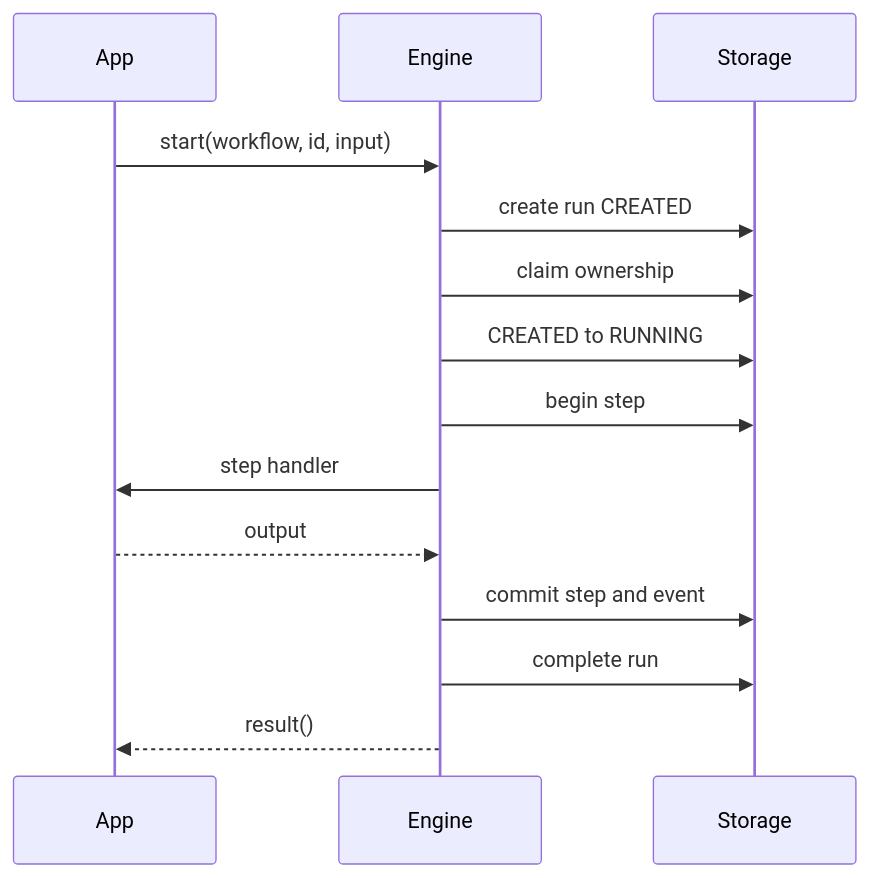
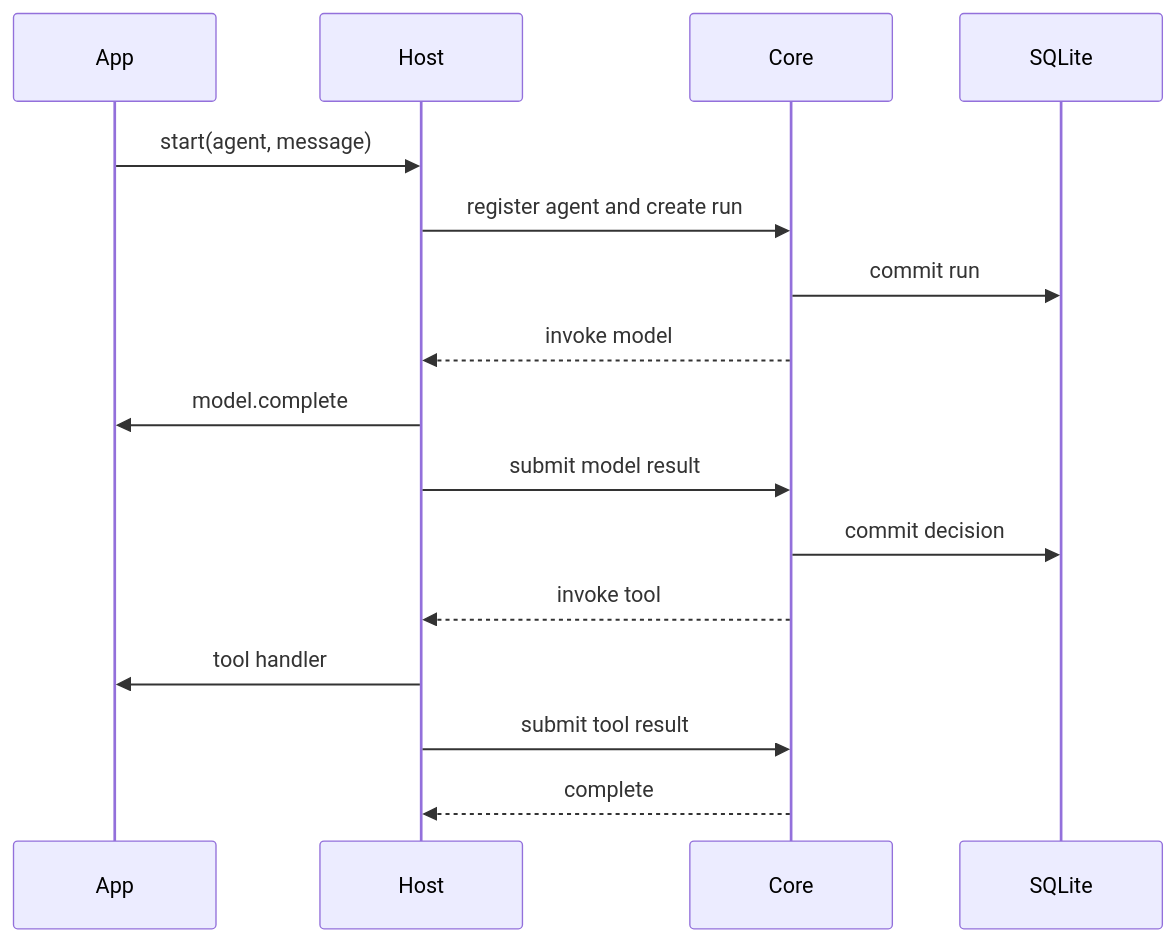
The diagram in docs/architecture/execution-model.md (larkxai/larkx), drawn with Mermaid before and after one commit. The commit also changed other lines of this file and 212 other files, not shown here.

````diff
--- a/docs/architecture/execution-model.md
+++ b/docs/architecture/execution-model.md
@@ -5,16 +5,18 @@
 ```mermaid
 sequenceDiagram
   participant App
-  participant Engine
-  participant Storage
-  App->>Engine: start(workflow, id, input)
-  Engine->>Storage: create run CREATED
-  Engine->>Storage: claim ownership
-  Engine->>Storage: CREATED to RUNNING
-  Engine->>Storage: begin step
-  Engine->>App: step handler
-  App-->>Engine: output
-  Engine->>Storage: commit step and event
-  Engine->>Storage: complete run
-  Engine-->>App: result()
+  participant Host
+  participant Core
+  participant SQLite
+  App->>Host: start(agent, message)
+  Host->>Core: register agent and create run
+  Core->>SQLite: commit run
+  Core-->>Host: invoke model
+  Host->>App: model.complete
+  Host->>Core: submit model result
+  Core->>SQLite: commit decision
+  Core-->>Host: invoke tool
+  Host->>App: tool handler
+  Host->>Core: submit tool result
+  Core-->>Host: complete
 ```
````
